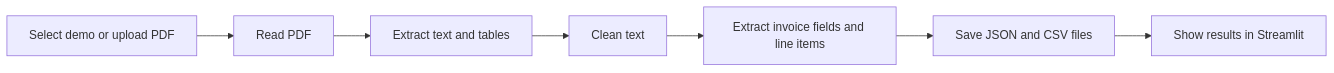
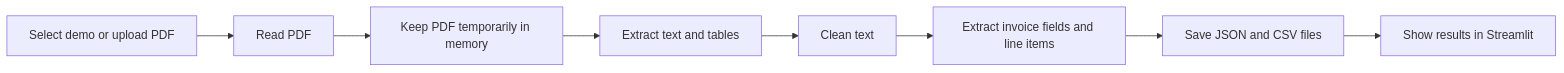
Before and after one commit to sunnysavita10/data-parsing: the diagram in README.md, drawn with Mermaid. The commit also changed other lines of this file and 15 other files, not shown here.

````diff
--- a/README.md
+++ b/README.md
@@ -8,9 +8,10 @@
 ```mermaid
 flowchart LR
     A[Select demo or upload PDF] --> B[Read PDF]
-    B --> C[Extract text and tables]
-    C --> D[Clean text]
-    D --> E[Extract invoice fields and line items]
-    E --> F[Save JSON and CSV files]
-    F --> G[Show results in Streamlit]
+    B --> C[Keep PDF temporarily in memory]
+    C --> D[Extract text and tables]
+    D --> E[Clean text]
+    E --> F[Extract invoice fields and line items]
+    F --> G[Save JSON and CSV files]
+    G --> H[Show results in Streamlit]
 ```
````
